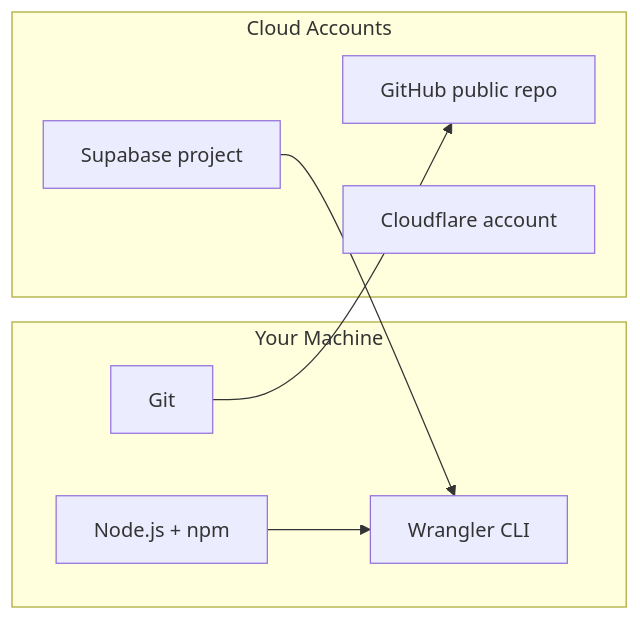
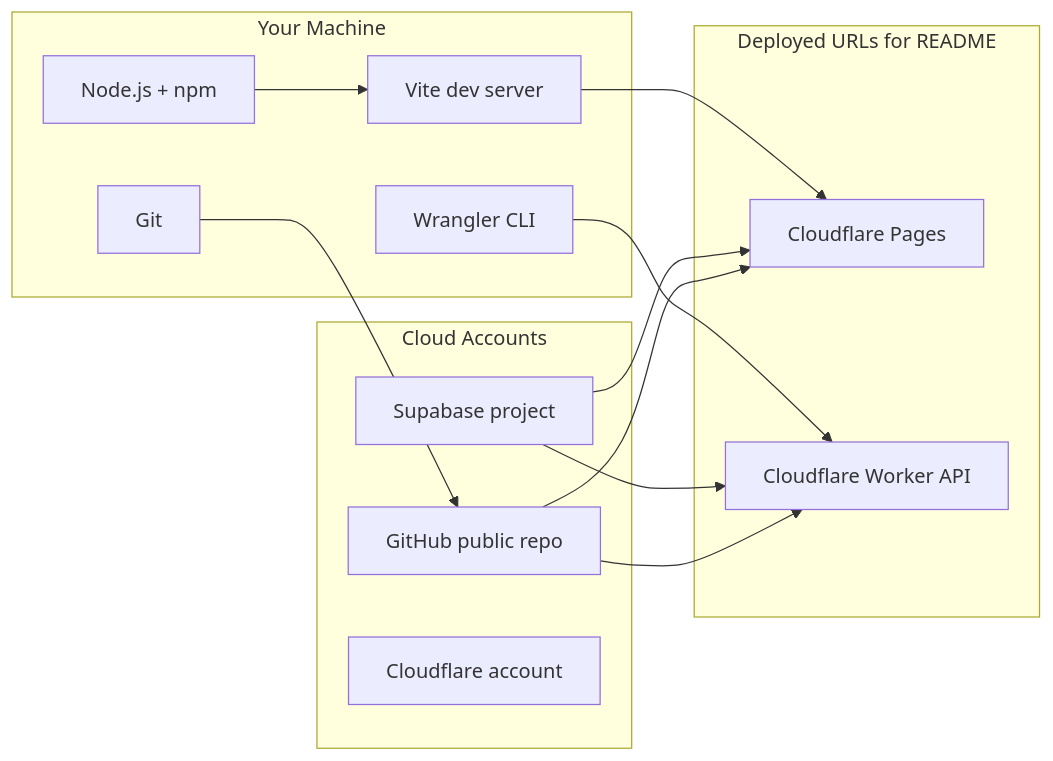
Before and after one commit to lester-01/sinc_crm: the diagram in docs/stack-setup.md, drawn with Mermaid. The commit also changed other lines of this file, not shown here.

````diff
--- a/docs/stack-setup.md
+++ b/docs/stack-setup.md
@@ -62,16 +73,26 @@
 ```mermaid
 flowchart LR
   subgraph local [Your Machine]
     Node[Node.js + npm]
     Git[Git]
     Wrangler[Wrangler CLI]
+    Vite[Vite dev server]
   end
   subgraph cloud [Cloud Accounts]
     GH[GitHub public repo]
     SB[Supabase project]
     CF[Cloudflare account]
   end
-  Node --> Wrangler
-  SB --> Wrangler
+  subgraph deploy [Deployed URLs for README]
+    Pages[Cloudflare Pages]
+    Worker[Cloudflare Worker API]
+  end
+  Node --> Vite
+  Wrangler --> Worker
+  Vite --> Pages
+  SB --> Worker
+  SB --> Pages
   Git --> GH
+  GH --> Pages
+  GH --> Worker
 ```
````
